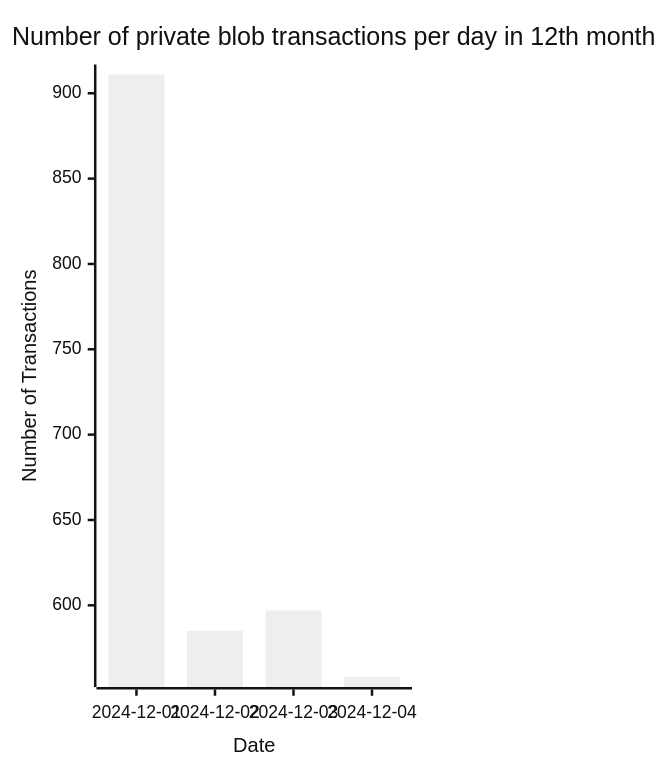
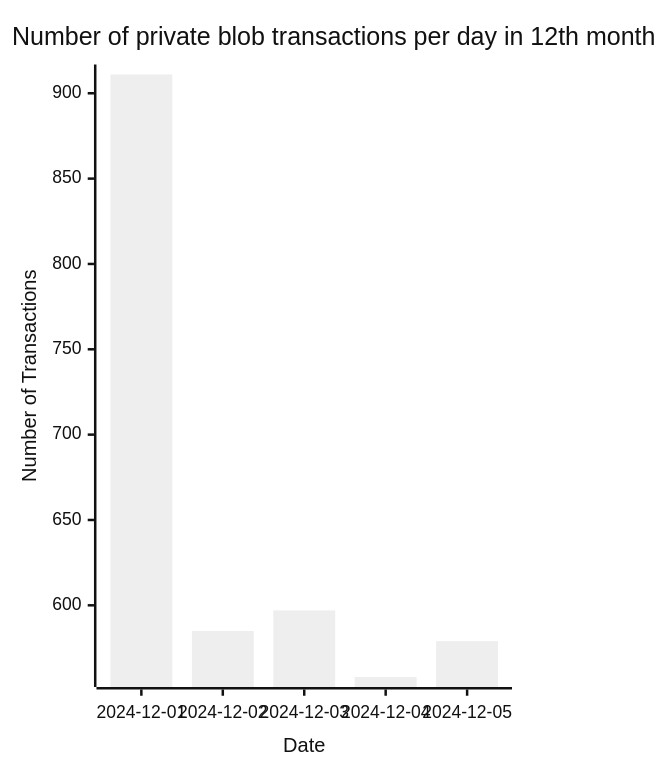
The diagram in README.md (Amit0617/eip4844-data), drawn with Mermaid (neutral theme) before and after one commit. The commit also changed 1 other file, not shown here.

````diff
--- a/README.md
+++ b/README.md
@@ -1,12 +1,12 @@
 ```mermaid
 ---
 config:
     xyChart:
-        width: 320
+        width: 400
         height: 600
 ---
 xychart-beta title "Number of private blob transactions per day in 12th month"
-x-axis "Date" [2024-12-01,2024-12-02,2024-12-03,2024-12-04]
+x-axis "Date" [2024-12-01,2024-12-02,2024-12-03,2024-12-04,2024-12-05]
 y-axis "Number of Transactions"
-bar[911,585,597,558]
+bar[911,585,597,558,579]
 ```
````
